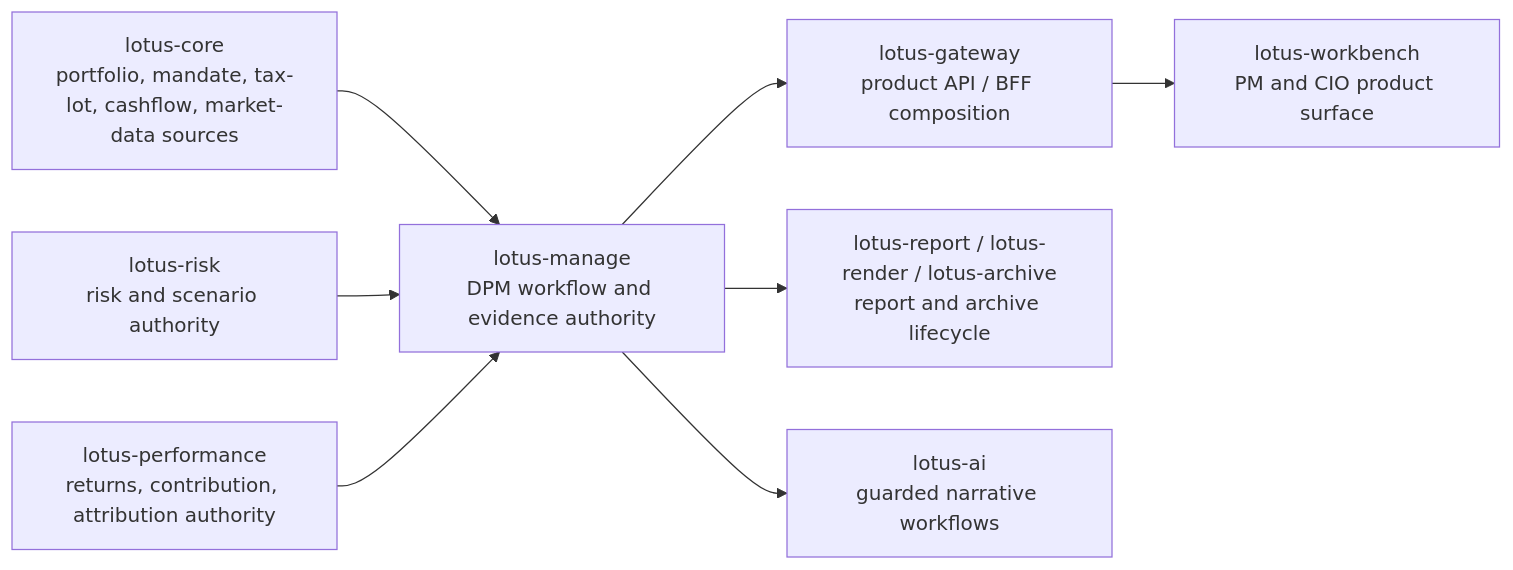
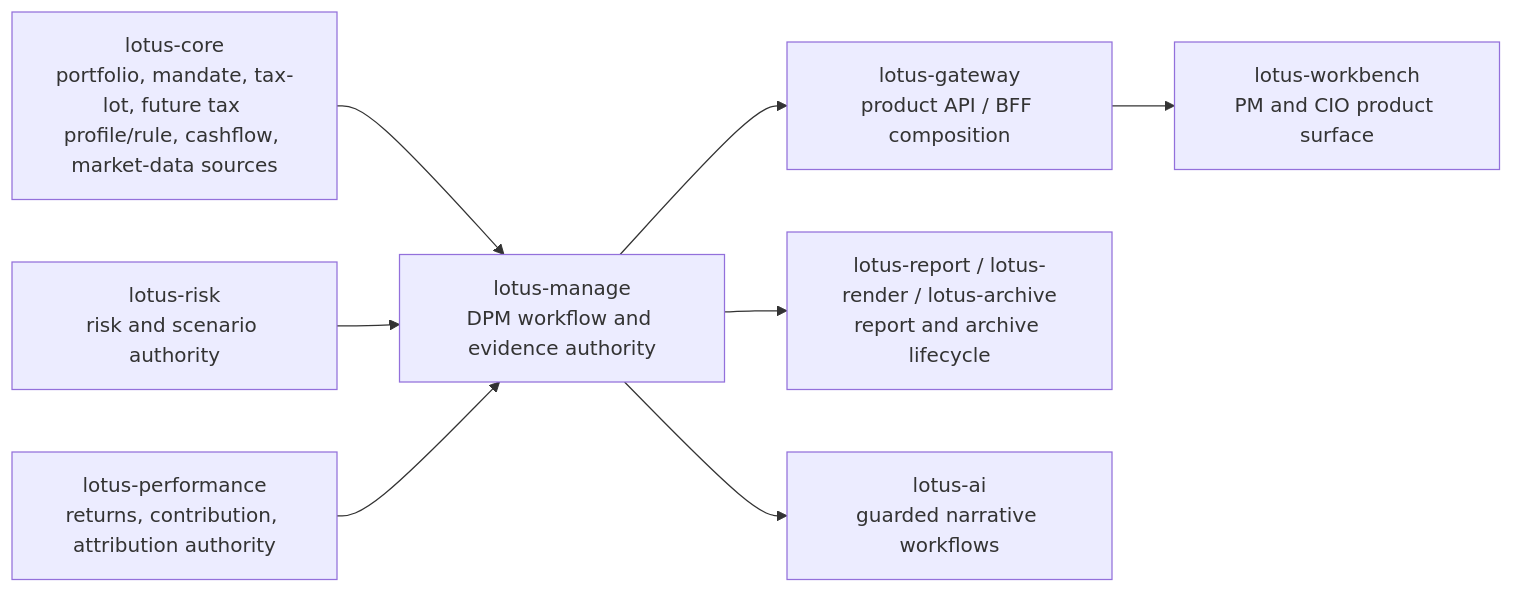
The first of 9 diagrams in wiki/Supported-Features.md (sgajbi/lotus-manage), drawn with Mermaid before and after one commit. The commit also changed other lines of this file and 15 other files, not shown here.

````diff
--- a/wiki/Supported-Features.md
+++ b/wiki/Supported-Features.md
@@ -17,19 +17,19 @@
 ```mermaid
 flowchart LR
-    Core[lotus-core<br/>portfolio, mandate, tax-lot, cashflow, market-data sources]
+    Core[lotus-core<br/>portfolio, mandate, tax-lot, future tax profile/rule, cashflow, market-data sources]
     Risk[lotus-risk<br/>risk and scenario authority]
     Performance[lotus-performance<br/>returns, contribution, attribution authority]
     Manage[lotus-manage<br/>DPM workflow and evidence authority]
     Gateway[lotus-gateway<br/>product API / BFF composition]
     Workbench[lotus-workbench<br/>PM and CIO product surface]
     Report[lotus-report / lotus-render / lotus-archive<br/>report and archive lifecycle]
     AI[lotus-ai<br/>guarded narrative workflows]
 
     Core --> Manage
     Risk --> Manage
     Performance --> Manage
     Manage --> Gateway
     Gateway --> Workbench
     Manage --> Report
     Manage --> AI
 ```
````
